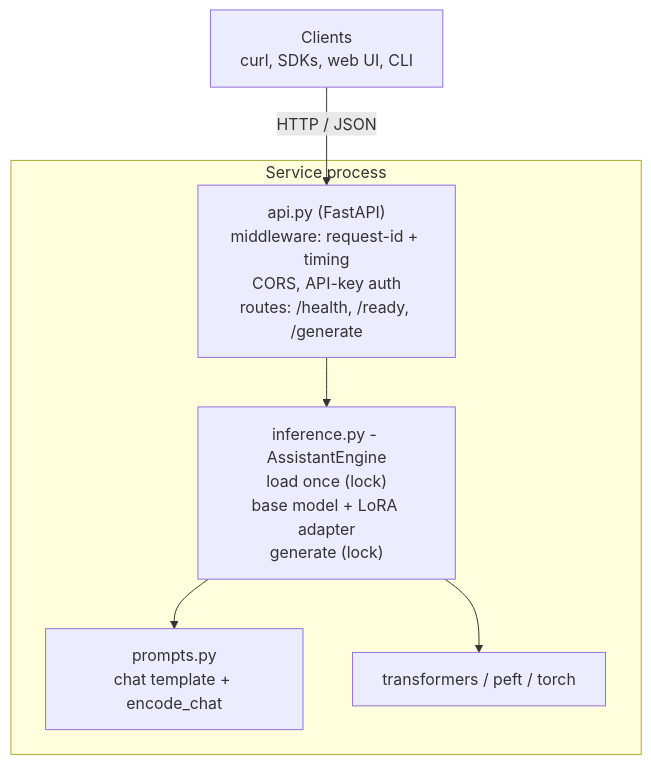
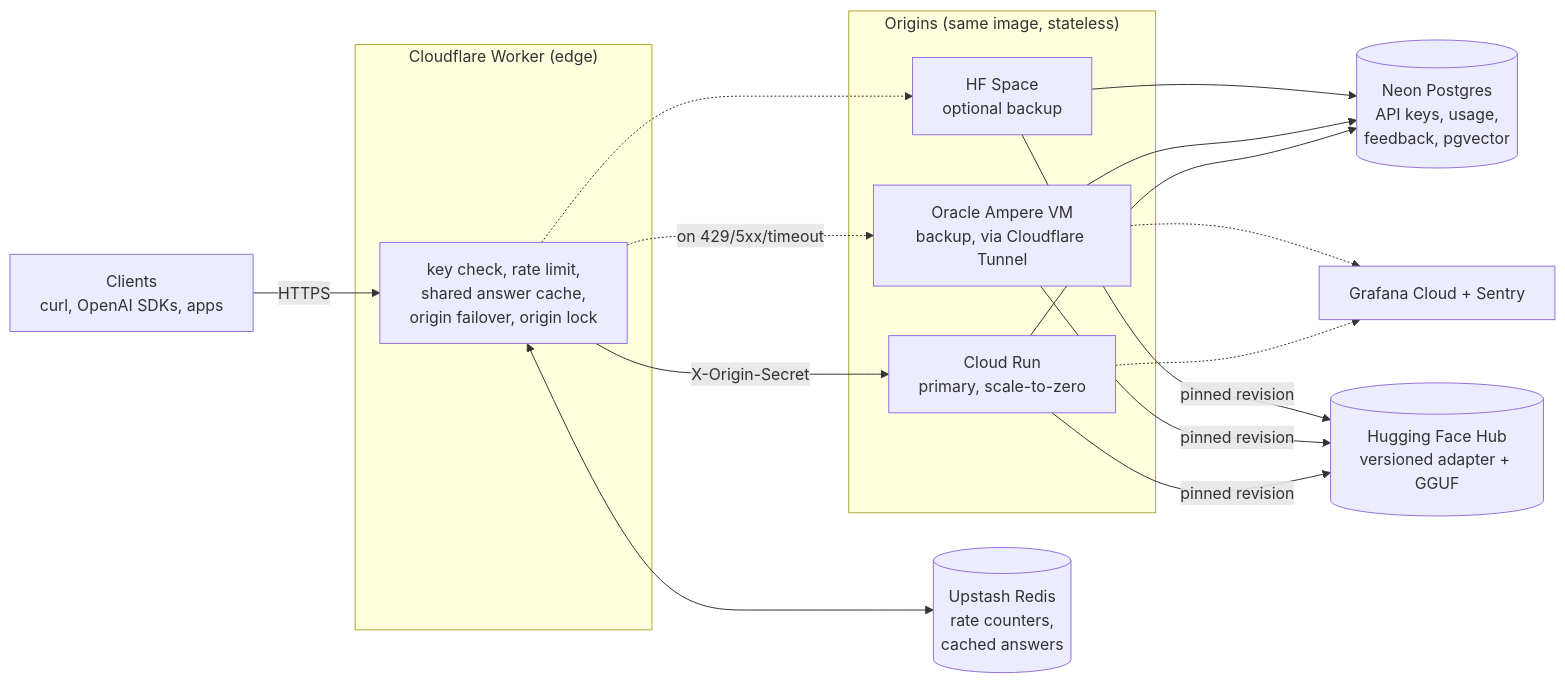
Before and after one commit to syed-waleed-ahmed/Niche-Finetuned-Model: the first of 3 diagrams in ARCHITECTURE.md, drawn with Mermaid. The commit also changed other lines of this file and 2 other files, not shown here.

First line of the commit message:
Document the scaled-out architecture and deployment runbook

````diff
--- a/ARCHITECTURE.md
+++ b/ARCHITECTURE.md
@@ -29,16 +32,29 @@
 ```mermaid
-flowchart TB
-    Clients["Clients<br/>curl, SDKs, web UI, CLI"]
+flowchart LR
+    Client["Clients<br/>curl, OpenAI SDKs, apps"]
 
-    subgraph Service["Service process"]
-        API["api.py (FastAPI)<br/>middleware: request-id + timing<br/>CORS, API-key auth<br/>routes: /health, /ready, /generate"]
-        Engine["inference.py - AssistantEngine<br/>load once (lock)<br/>base model + LoRA adapter<br/>generate (lock)"]
-        Prompts["prompts.py<br/>chat template + encode_chat"]
-        Runtime["transformers / peft / torch"]
-        API --> Engine
-        Engine --> Prompts
-        Engine --> Runtime
+    subgraph Edge["Cloudflare Worker (edge)"]
+        W["key check, rate limit,<br/>shared answer cache,<br/>origin failover, origin lock"]
     end
 
-    Clients -->|"HTTP / JSON"| API
+    Redis[("Upstash Redis<br/>rate counters,<br/>cached answers")]
+
+    subgraph Origins["Origins (same image, stateless)"]
+        CR["Cloud Run<br/>primary, scale-to-zero"]
+        VM["Oracle Ampere VM<br/>backup, via Cloudflare Tunnel"]
+        HF["HF Space<br/>optional backup"]
+    end
+
+    PG[("Neon Postgres<br/>API keys, usage,<br/>feedback, pgvector")]
+    Hub[("Hugging Face Hub<br/>versioned adapter + GGUF")]
+    Obs["Grafana Cloud + Sentry"]
+
+    Client -->|HTTPS| W
+    W <--> Redis
+    W -->|X-Origin-Secret| CR
+    W -.->|on 429/5xx/timeout| VM
+    W -.-> HF
+    CR & VM & HF --> PG
+    CR & VM & HF -->|pinned revision| Hub
+    CR & VM -.-> Obs
 ```
````
